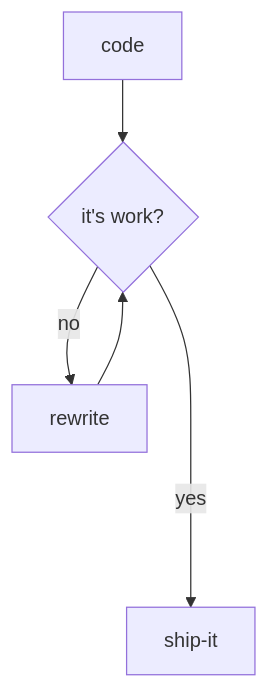
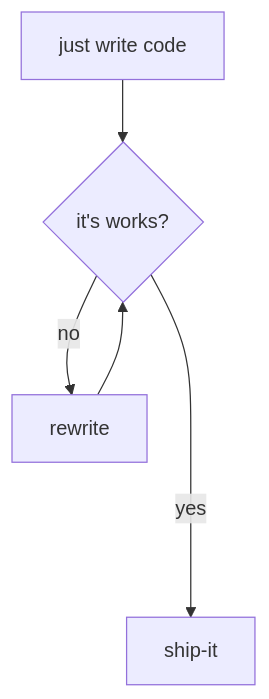
The diagram in README.md (naranyala/naranyala), drawn with Mermaid before and after one commit.

````diff
--- a/README.md
+++ b/README.md
@@ -19,7 +19,7 @@
 ```mermaid
 flowchart TD
-    A[code] --> B{it's work?}
+    A[just write code] --> B{it's works?}
     B --> |no| D[rewrite]
     D --> B
     B ---->|yes| E[ship-it]
 ```
````
